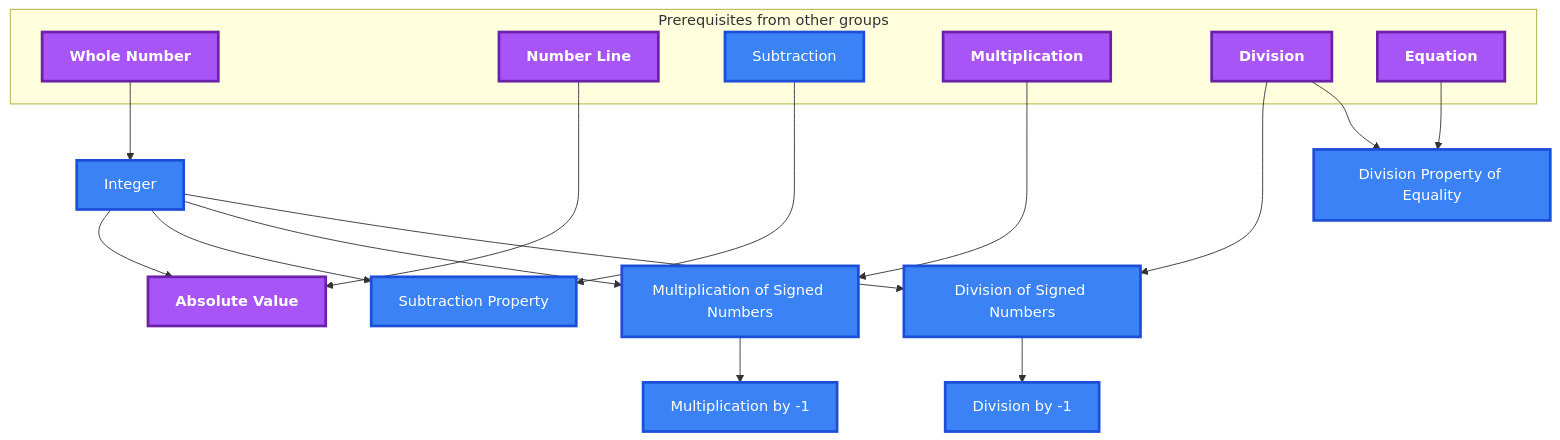
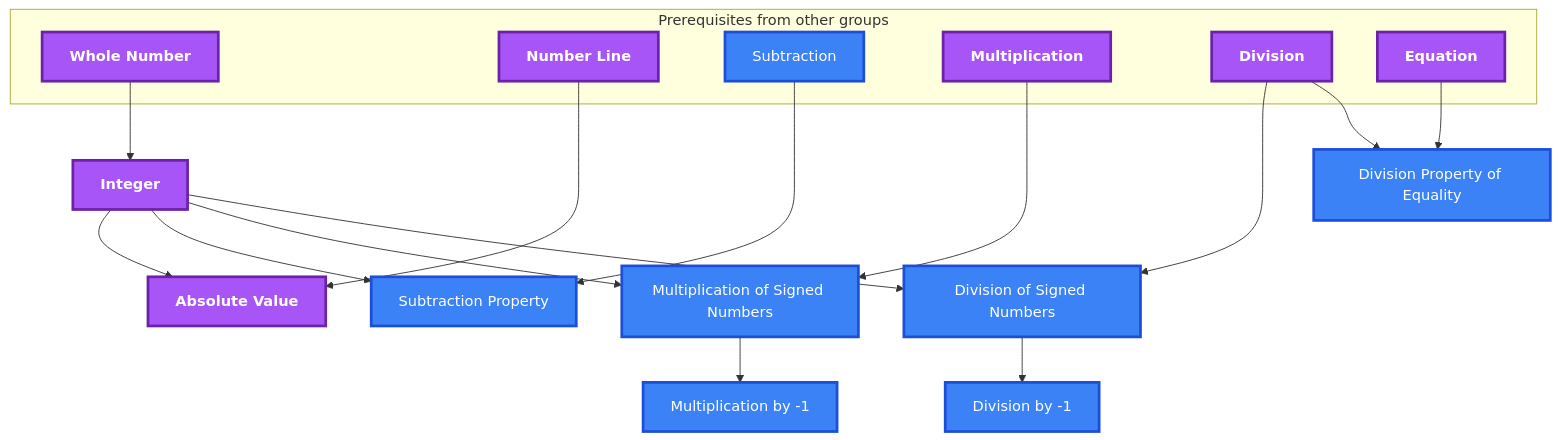
Before and after one commit to MRauf1/My-Notes: the third of 10 diagrams in Gamification/Skill Trees/Pre-Algebra.md, drawn with Mermaid. The commit also changed other lines of this file and 73 other files, not shown here.

````diff
--- a/Gamification/Skill Trees/Pre-Algebra.md
+++ b/Gamification/Skill Trees/Pre-Algebra.md
@@ -162,44 +162,44 @@
 ```mermaid
 flowchart TD
     classDef planned fill:#1E293B,stroke:#64748B,stroke-width:2px,stroke-dasharray:5 5,color:#94A3B8;
     classDef locked fill:#334155,stroke:#475569,stroke-width:2px,color:#94A3B8;
     classDef L0 fill:#F1F5F9,stroke:#94A3B8,stroke-width:2px,color:#000000;
     classDef L1 fill:#22C55E,stroke:#15803D,stroke-width:2px,color:#000000;
     classDef L2 fill:#3B82F6,stroke:#1D4ED8,stroke-width:3px,color:#FFFFFF;
     classDef L3 fill:#A855F7,stroke:#6B21A8,stroke-width:3px,color:#FFFFFF,font-weight:bold;
     classDef L4 fill:#F97316,stroke:#C2410C,stroke-width:4px,color:#000000,font-weight:bold;
     classDef L5 fill:#FFD700,stroke:#FF8C00,stroke-width:5px,color:#000000,font-weight:bold;
     classDef rusty stroke:#8B4513,stroke-width:4px,stroke-dasharray:3 3;
     subgraph sg_prereqs["Prerequisites from other groups"]
         n_whole_number["Whole Number"]
         n_number_line["Number Line"]
         n_subtraction["Subtraction"]
         n_multiplication["Multiplication"]
         n_division["Division"]
         n_equation["Equation"]
     end
     n_integer["Integer"]
     n_absolute_value["Absolute Value"]
     n_subtraction_property["Subtraction Property"]
     n_multiplication_of_signed_numbers["Multiplication of Signed Numbers"]
     n_division_of_signed_numbers["Division of Signed Numbers"]
     n_multiplication_by_1["Multiplication by -1"]
     n_division_by_1["Division by -1"]
     n_division_property_of_equality["Division Property of Equality"]
     n_whole_number --> n_integer
     n_number_line --> n_absolute_value
     n_integer --> n_absolute_value
     n_subtraction --> n_subtraction_property
     n_integer --> n_subtraction_property
     n_multiplication --> n_multiplication_of_signed_numbers
     n_integer --> n_multiplication_of_signed_numbers
     n_division --> n_division_of_signed_numbers
     n_integer --> n_division_of_signed_numbers
     n_multiplication_of_signed_numbers --> n_multiplication_by_1
     n_division_of_signed_numbers --> n_division_by_1
     n_division --> n_division_property_of_equality
     n_equation --> n_division_property_of_equality
-    class n_subtraction,n_integer,n_subtraction_property,n_multiplication_of_signed_numbers,n_division_of_signed_numbers,n_multiplication_by_1,n_division_by_1,n_division_property_of_equality L2;
-    class n_whole_number,n_number_line,n_multiplication,n_division,n_equation,n_absolute_value L3;
+    class n_subtraction,n_subtraction_property,n_multiplication_of_signed_numbers,n_division_of_signed_numbers,n_multiplication_by_1,n_division_by_1,n_division_property_of_equality L2;
+    class n_whole_number,n_number_line,n_multiplication,n_division,n_equation,n_integer,n_absolute_value L3;
     class n_whole_number,n_number_line,n_subtraction,n_multiplication,n_division,n_equation,n_integer,n_absolute_value,n_subtraction_property,n_multiplication_of_signed_numbers,n_division_of_signed_numbers,n_multiplication_by_1,n_division_by_1,n_division_property_of_equality internal-link;
 ```
````
